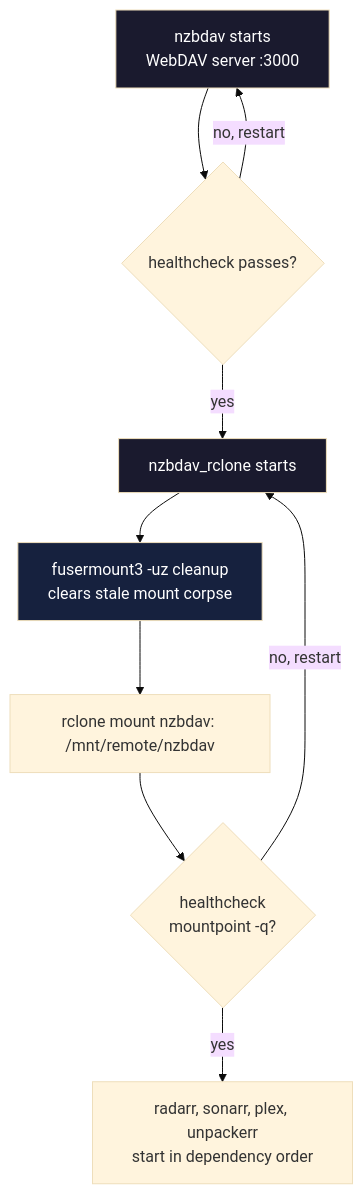
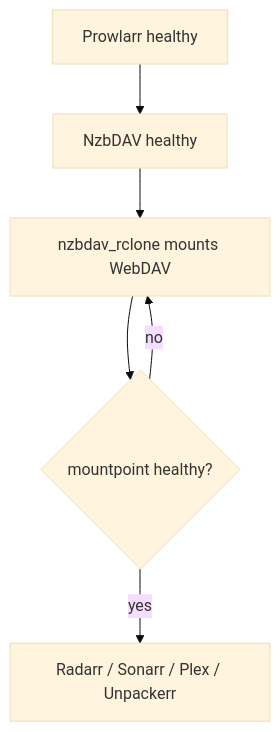
One commit to WhispersOfJ/thebearcave changed the second of 2 diagrams in docs/architecture.md. Above: the diagram before and after it, drawn with Mermaid (base theme). The commit also changed other lines of this file and 326 other files, not shown here.

````diff
--- a/docs/architecture.md
+++ b/docs/architecture.md
@@ -153,15 +73,8 @@
 ```mermaid
 flowchart TD
-    A[nzbdav starts<br/>WebDAV server :3000] --> B{healthcheck passes?}
-    B -- yes --> C[nzbdav_rclone starts]
-    B -- no, restart --> A
-    C --> D[fusermount3 -uz cleanup<br/>clears stale mount corpse]
-    D --> E[rclone mount nzbdav: /mnt/remote/nzbdav]
-    E --> F{healthcheck<br/>mountpoint -q?}
-    F -- yes --> G[radarr, sonarr, plex, unpackerr<br/>start in dependency order]
-    F -- no, restart --> C
-
-    style A fill:#1a1a2e,color:#fff
-    style C fill:#1a1a2e,color:#fff
-    style D fill:#16213e,color:#fff
+    A[Prowlarr healthy] --> B[NzbDAV healthy]
+    B --> C[nzbdav_rclone mounts WebDAV]
+    C --> D{mountpoint healthy?}
+    D -->|yes| E[Radarr / Sonarr / Plex / Unpackerr]
+    D -->|no| C
 ```
````
